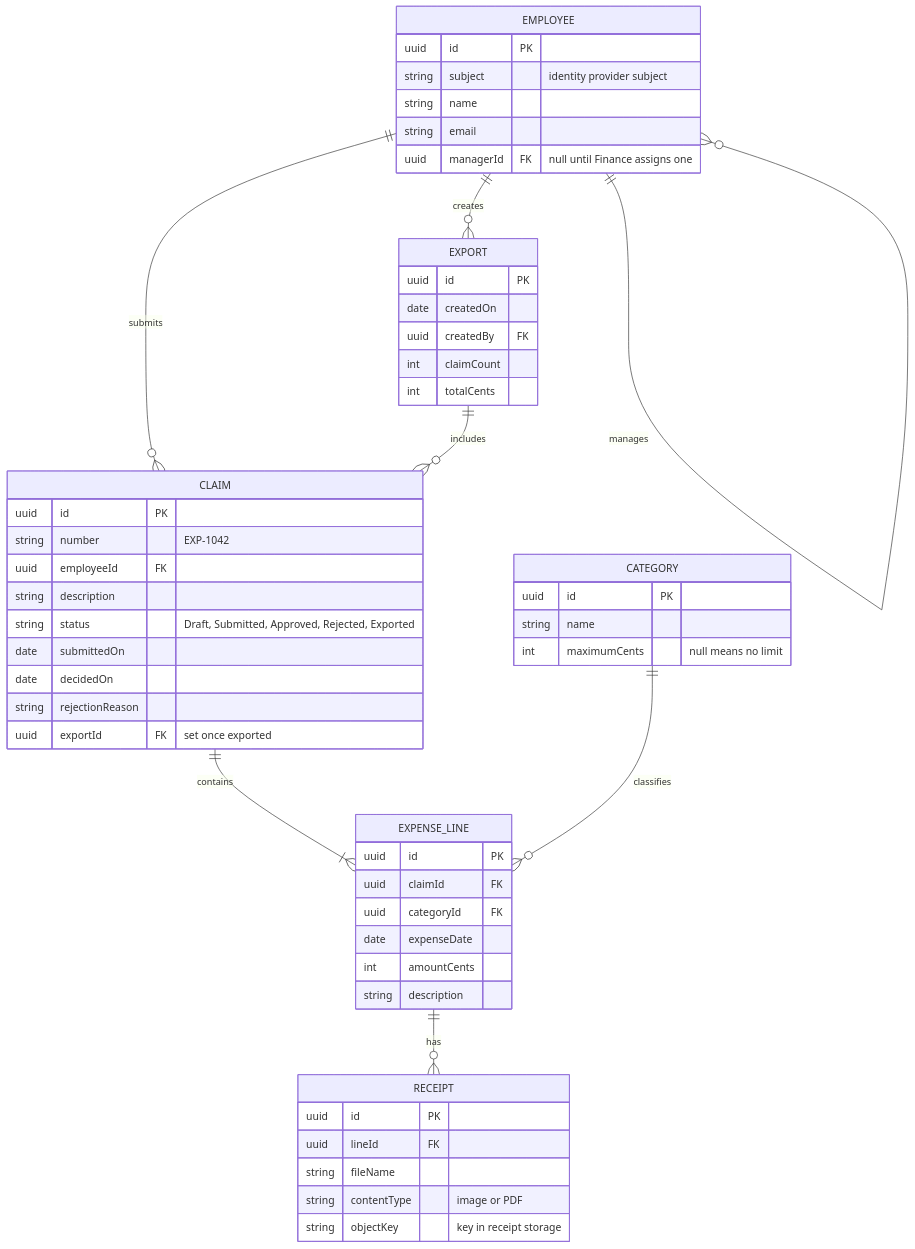
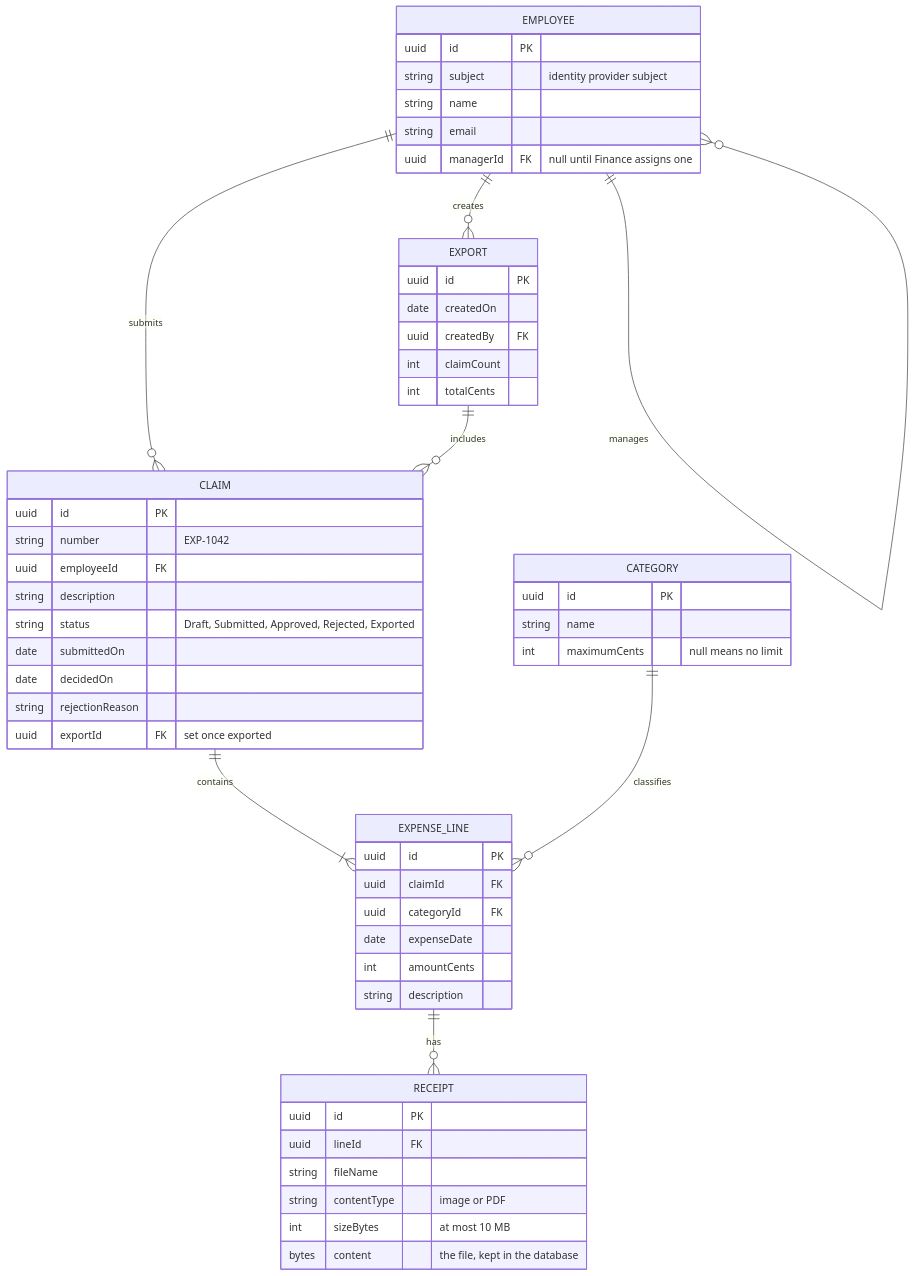
Before and after one commit to ae-demo/employees-submit-expense: the diagram in specs/design/domain-model.md, drawn with Mermaid. The commit also changed 7 other files, not shown here.

````diff
--- a/specs/design/domain-model.md
+++ b/specs/design/domain-model.md
@@ -5,56 +5,57 @@
 ```mermaid
 erDiagram
     EMPLOYEE ||--o{ EMPLOYEE : "manages"
     EMPLOYEE ||--o{ CLAIM : "submits"
     EMPLOYEE ||--o{ EXPORT : "creates"
     CLAIM ||--|{ EXPENSE_LINE : "contains"
     CATEGORY ||--o{ EXPENSE_LINE : "classifies"
     EXPENSE_LINE ||--o{ RECEIPT : "has"
     EXPORT ||--o{ CLAIM : "includes"
 
     EMPLOYEE {
         uuid id PK
         string subject "identity provider subject"
         string name
         string email
         uuid managerId FK "null until Finance assigns one"
     }
     CLAIM {
         uuid id PK
         string number "EXP-1042"
         uuid employeeId FK
         string description
         string status "Draft, Submitted, Approved, Rejected, Exported"
         date submittedOn
         date decidedOn
         string rejectionReason
         uuid exportId FK "set once exported"
     }
     EXPENSE_LINE {
         uuid id PK
         uuid claimId FK
         uuid categoryId FK
         date expenseDate
         int amountCents
         string description
     }
     RECEIPT {
         uuid id PK
         uuid lineId FK
         string fileName
         string contentType "image or PDF"
-        string objectKey "key in receipt storage"
+        int sizeBytes "at most 10 MB"
+        bytes content "the file, kept in the database"
     }
     CATEGORY {
         uuid id PK
         string name
         int maximumCents "null means no limit"
     }
     EXPORT {
         uuid id PK
         date createdOn
         uuid createdBy FK
         int claimCount
         int totalCents
     }
 ```
````
